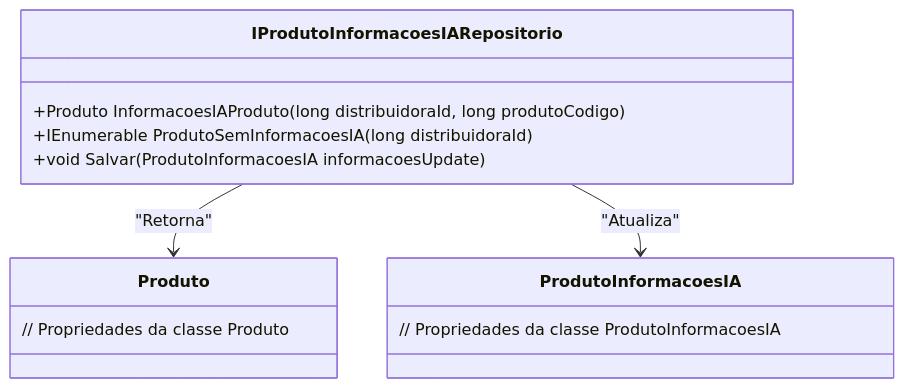
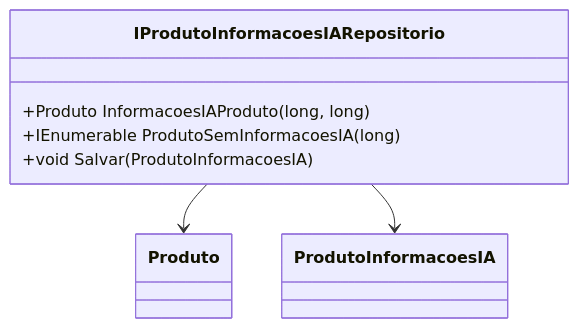
One commit to IsthmusSistemas/documentacao-tecnica changed the diagram in docs/b2b-dominio/IsthmusWinthor.Nucleo/IsthmusWinthor.Dominio/Interfaces/IProdutoInformacoesIARepositorio.md. Above: the diagram before and after it, drawn with Mermaid. The commit also changed other lines of this file and 882 other files, not shown here.

````diff
--- a/docs/b2b-dominio/IsthmusWinthor.Nucleo/IsthmusWinthor.Dominio/Interfaces/IProdutoInformacoesIARepositorio.md
+++ b/docs/b2b-dominio/IsthmusWinthor.Nucleo/IsthmusWinthor.Dominio/Interfaces/IProdutoInformacoesIARepositorio.md
@@ -45,17 +46,15 @@
 ```mermaid
 classDiagram
     class IProdutoInformacoesIARepositorio {
-        +Produto InformacoesIAProduto(long distribuidoraId, long produtoCodigo)
-        +IEnumerable<Produto> ProdutoSemInformacoesIA(long distribuidoraId)
-        +void Salvar(ProdutoInformacoesIA informacoesUpdate)
+        +Produto InformacoesIAProduto(long, long)
+        +IEnumerable<Produto> ProdutoSemInformacoesIA(long)
+        +void Salvar(ProdutoInformacoesIA)
     }
     class Produto {
-        // Propriedades da classe Produto
     }
     class ProdutoInformacoesIA {
-        // Propriedades da classe ProdutoInformacoesIA
     }
-    
-    IProdutoInformacoesIARepositorio --> Produto : "Retorna"
-    IProdutoInformacoesIARepositorio --> ProdutoInformacoesIA : "Atualiza"
+
+    IProdutoInformacoesIARepositorio --> Produto
+    IProdutoInformacoesIARepositorio --> ProdutoInformacoesIA
 ```
````
